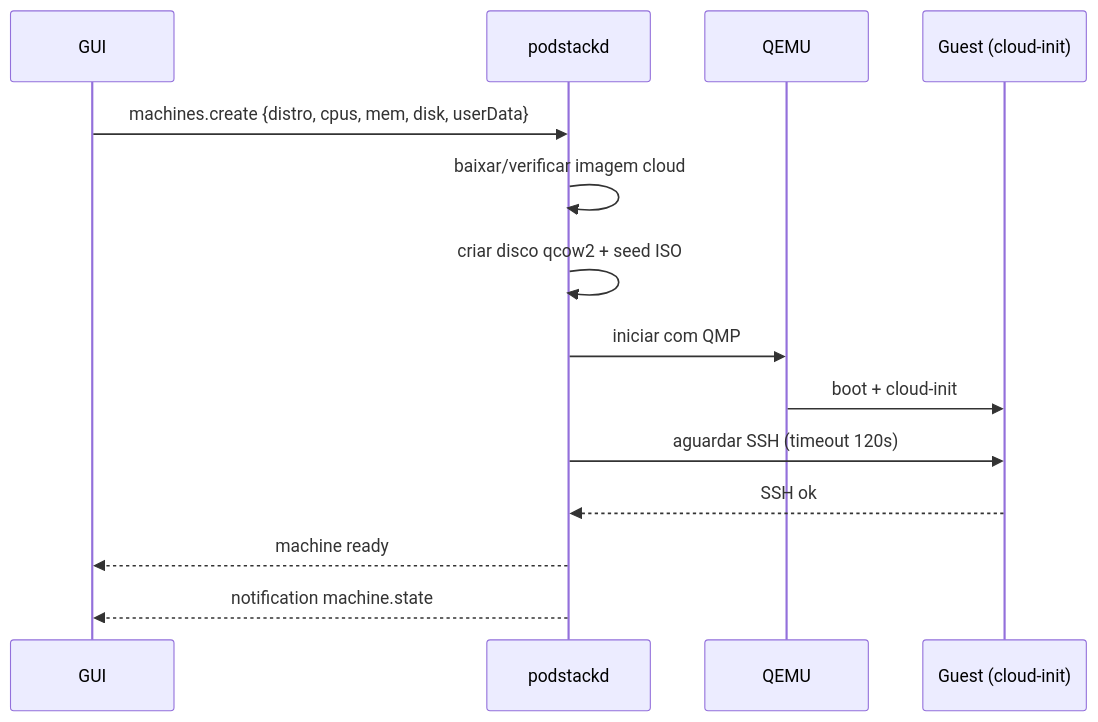
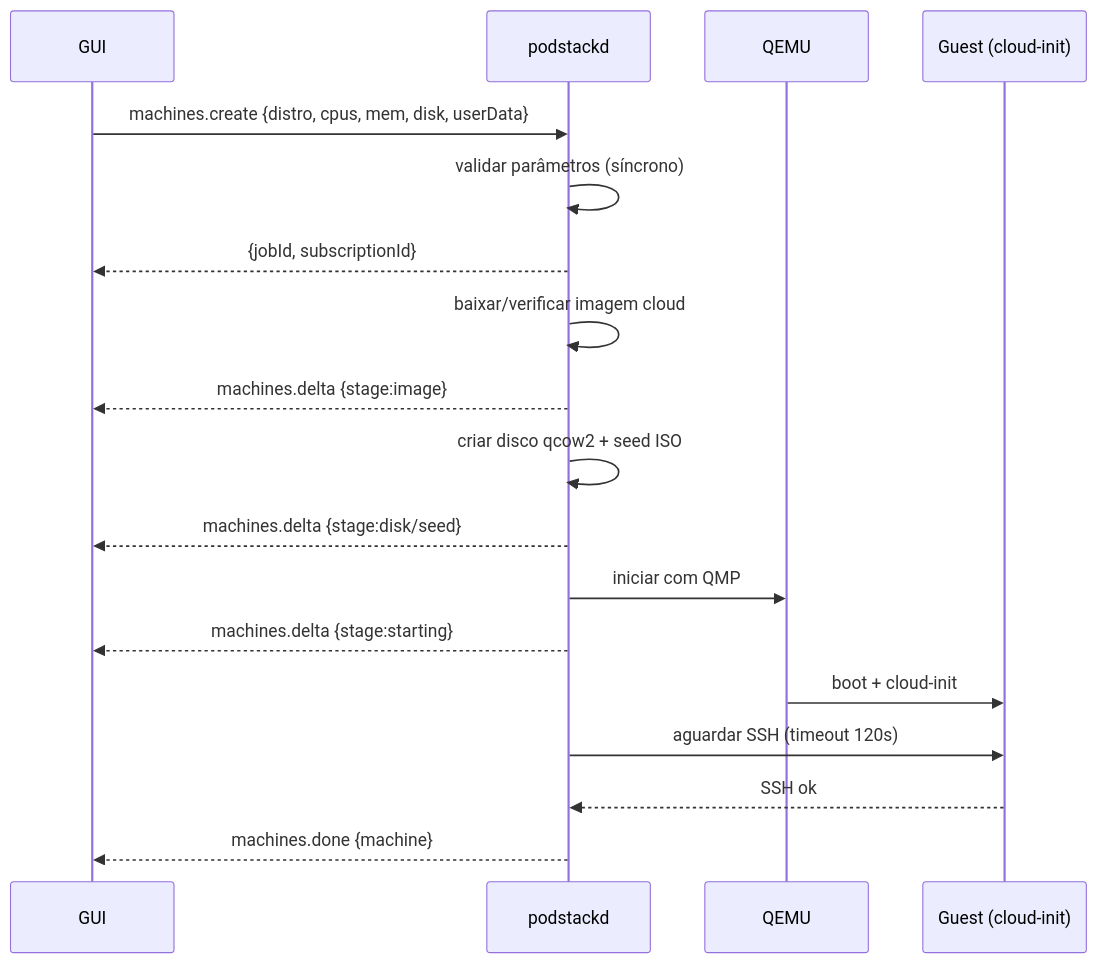
One commit to marcos2872/podstack changed the sixth of 9 diagrams in docs/architecture.md. Above: the diagram before and after it, drawn with Mermaid. The commit also changed other lines of this file and 13 other files, not shown here.

````diff
--- a/docs/architecture.md
+++ b/docs/architecture.md
@@ -188,16 +188,20 @@
 ```mermaid
 sequenceDiagram
   participant UI as GUI
   participant D as podstackd
   participant Q as QEMU
   participant G as Guest (cloud-init)
   UI->>D: machines.create {distro, cpus, mem, disk, userData}
+  D->>D: validar parâmetros (síncrono)
+  D-->>UI: {jobId, subscriptionId}
   D->>D: baixar/verificar imagem cloud
+  D-->>UI: machines.delta {stage:image}
   D->>D: criar disco qcow2 + seed ISO
+  D-->>UI: machines.delta {stage:disk/seed}
   D->>Q: iniciar com QMP
+  D-->>UI: machines.delta {stage:starting}
   Q->>G: boot + cloud-init
   D->>G: aguardar SSH (timeout 120s)
   G-->>D: SSH ok
-  D-->>UI: machine ready
-  D-->>UI: notification machine.state
+  D-->>UI: machines.done {machine}
 ```
````
